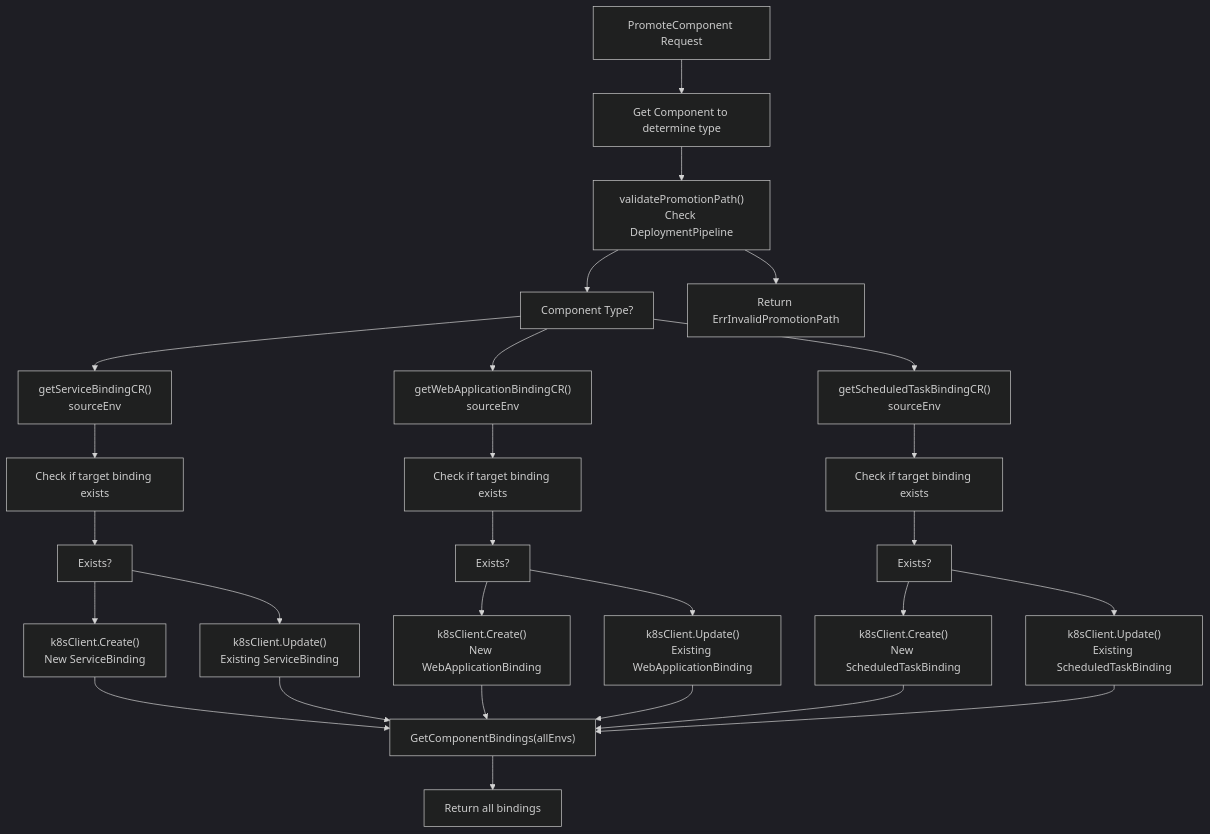
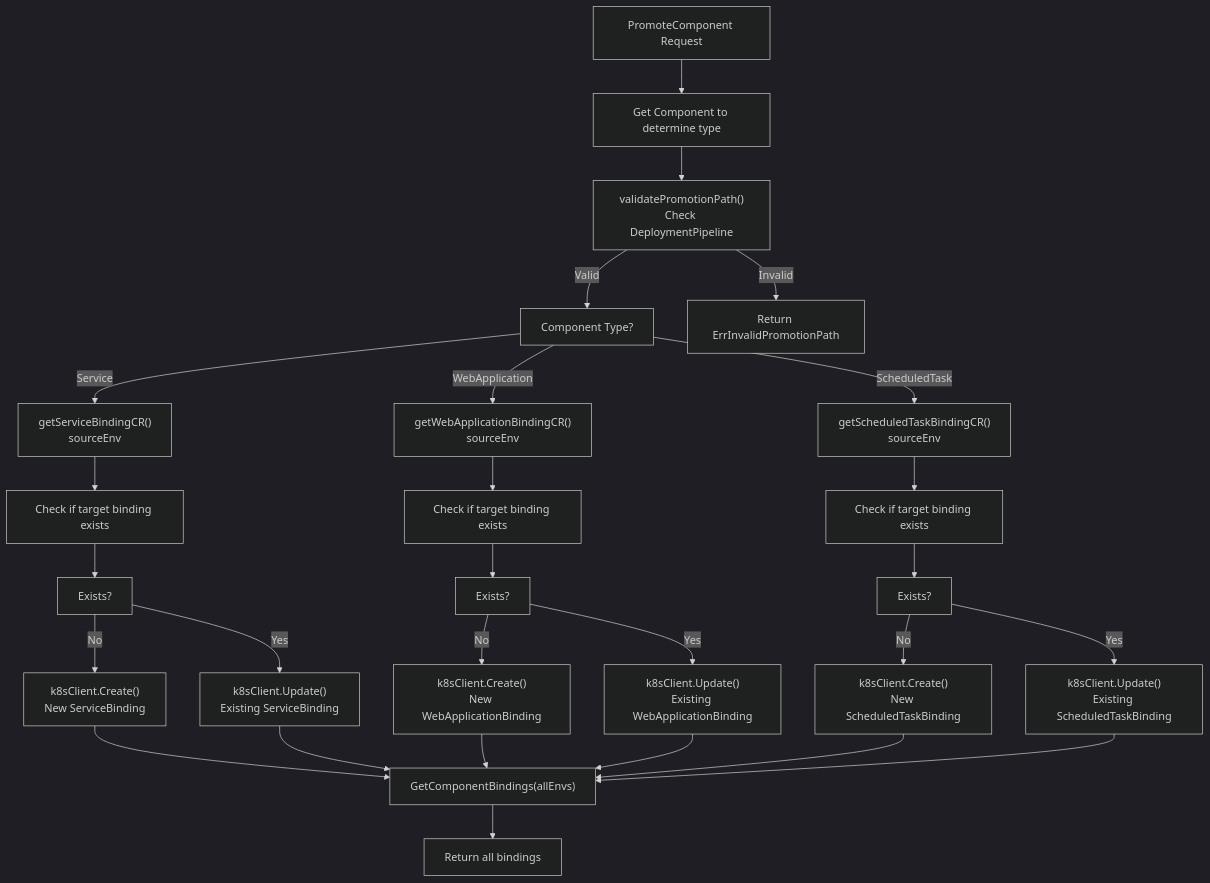
One commit to openchoreo/openchoreo changed the second of 7 diagrams in docs/deepwiki/Component-Management.md. Above: the diagram before and after it, drawn with Mermaid (dark theme). The commit also changed other lines of this file and 85 other files, not shown here.

Commit message:
feat: Add new workflow and specification templates, update Helm chart dependencies, and clarify documentation diagrams.

````diff
--- a/docs/deepwiki/Component-Management.md
+++ b/docs/deepwiki/Component-Management.md
@@ -117,53 +117,53 @@
 ```mermaid
 flowchart TD
 
 Start["PromoteComponent Request"]
 GetComponent["Get Component to determine type"]
 Validate["validatePromotionPath()<br>Check DeploymentPipeline"]
 DetermineType["Component Type?"]
 ErrorInvalidPath["Return ErrInvalidPromotionPath"]
 GetSourceServiceBinding["getServiceBindingCR()<br>sourceEnv"]
 GetSourceWebAppBinding["getWebApplicationBindingCR()<br>sourceEnv"]
 GetSourceScheduledTaskBinding["getScheduledTaskBindingCR()<br>sourceEnv"]
 CheckTarget1["Check if target binding exists"]
 CheckTarget2["Check if target binding exists"]
 CheckTarget3["Check if target binding exists"]
 CreateOrUpdate1["Exists?"]
 CreateOrUpdate2["Exists?"]
 CreateOrUpdate3["Exists?"]
 CreateNew1["k8sClient.Create()<br>New ServiceBinding"]
 UpdateExisting1["k8sClient.Update()<br>Existing ServiceBinding"]
 CreateNew2["k8sClient.Create()<br>New WebApplicationBinding"]
 UpdateExisting2["k8sClient.Update()<br>Existing WebApplicationBinding"]
 CreateNew3["k8sClient.Create()<br>New ScheduledTaskBinding"]
 UpdateExisting3["k8sClient.Update()<br>Existing ScheduledTaskBinding"]
 ReturnBindings["GetComponentBindings(allEnvs)"]
 End["Return all bindings"]
 
 Start --> GetComponent
 GetComponent --> Validate
-Validate --> DetermineType
-Validate --> ErrorInvalidPath
-DetermineType --> GetSourceServiceBinding
-DetermineType --> GetSourceWebAppBinding
-DetermineType --> GetSourceScheduledTaskBinding
+Validate -->|"Valid"| DetermineType
+Validate -->|"Invalid"| ErrorInvalidPath
+DetermineType -->|"Service"| GetSourceServiceBinding
+DetermineType -->|"WebApplication"| GetSourceWebAppBinding
+DetermineType -->|"ScheduledTask"| GetSourceScheduledTaskBinding
 GetSourceServiceBinding --> CheckTarget1
 GetSourceWebAppBinding --> CheckTarget2
 GetSourceScheduledTaskBinding --> CheckTarget3
 CheckTarget1 --> CreateOrUpdate1
 CheckTarget2 --> CreateOrUpdate2
 CheckTarget3 --> CreateOrUpdate3
-CreateOrUpdate1 --> CreateNew1
-CreateOrUpdate1 --> UpdateExisting1
-CreateOrUpdate2 --> CreateNew2
-CreateOrUpdate2 --> UpdateExisting2
-CreateOrUpdate3 --> CreateNew3
-CreateOrUpdate3 --> UpdateExisting3
+CreateOrUpdate1 -->|"No"| CreateNew1
+CreateOrUpdate1 -->|"Yes"| UpdateExisting1
+CreateOrUpdate2 -->|"No"| CreateNew2
+CreateOrUpdate2 -->|"Yes"| UpdateExisting2
+CreateOrUpdate3 -->|"No"| CreateNew3
+CreateOrUpdate3 -->|"Yes"| UpdateExisting3
 CreateNew1 --> ReturnBindings
 UpdateExisting1 --> ReturnBindings
 CreateNew2 --> ReturnBindings
 UpdateExisting2 --> ReturnBindings
 CreateNew3 --> ReturnBindings
 UpdateExisting3 --> ReturnBindings
 ReturnBindings --> End
 ```
````
